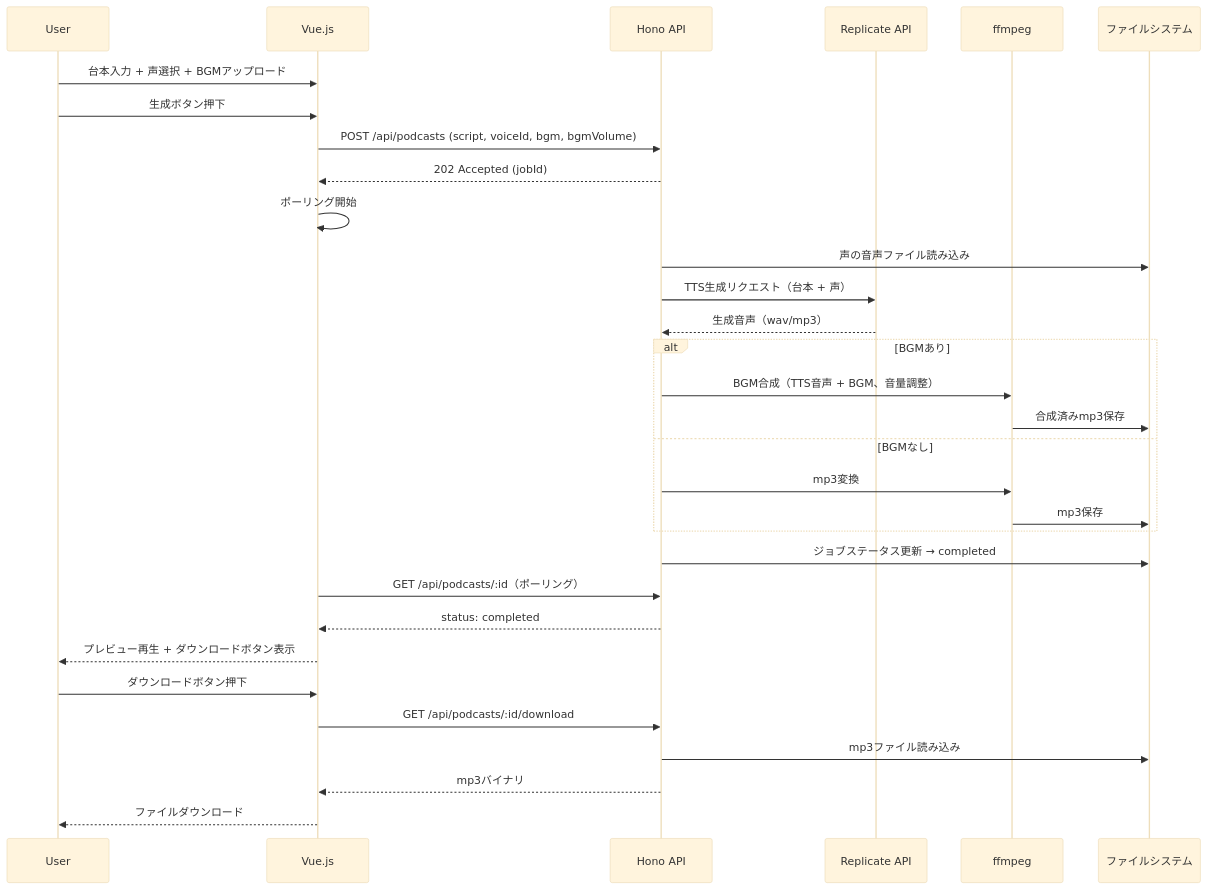
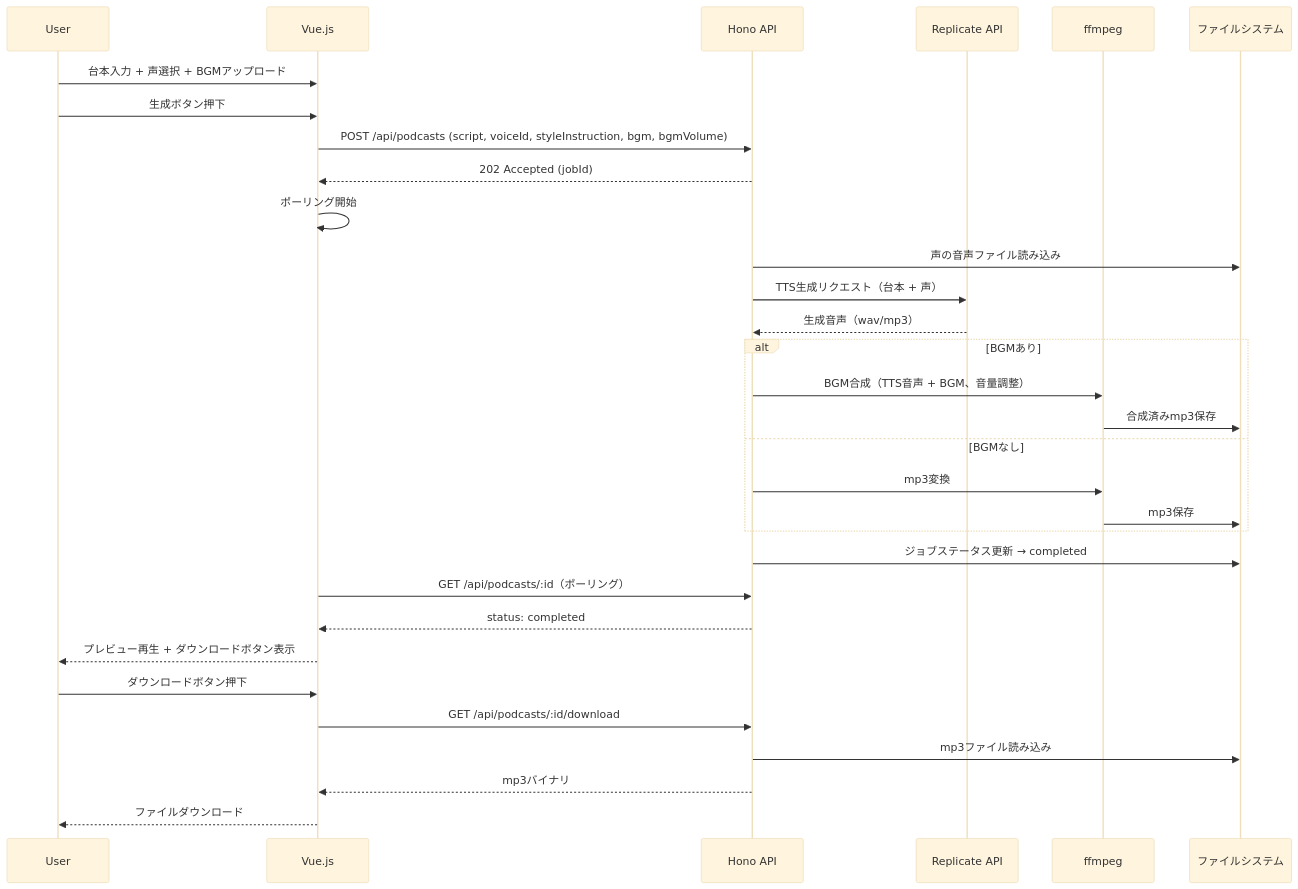
Before and after one commit to ikuo5710/ai-clone-podcaster: the fourth of 5 diagrams in docs/functional-design.md, drawn with Mermaid (base theme). The commit also changed other lines of this file and 8 other files, not shown here.

````diff
--- a/docs/functional-design.md
+++ b/docs/functional-design.md
@@ -249,39 +250,39 @@
 ```mermaid
 sequenceDiagram
     participant User
     participant Vue as Vue.js
     participant API as Hono API
     participant TTS as Replicate API
     participant FFmpeg as ffmpeg
     participant FS as ファイルシステム
 
     User->>Vue: 台本入力 + 声選択 + BGMアップロード
     User->>Vue: 生成ボタン押下
-    Vue->>API: POST /api/podcasts (script, voiceId, bgm, bgmVolume)
+    Vue->>API: POST /api/podcasts (script, voiceId, styleInstruction, bgm, bgmVolume)
     API-->>Vue: 202 Accepted (jobId)
     Vue->>Vue: ポーリング開始
 
     API->>FS: 声の音声ファイル読み込み
     API->>TTS: TTS生成リクエスト（台本 + 声）
     TTS-->>API: 生成音声（wav/mp3）
 
     alt BGMあり
         API->>FFmpeg: BGM合成（TTS音声 + BGM、音量調整）
         FFmpeg->>FS: 合成済みmp3保存
     else BGMなし
         API->>FFmpeg: mp3変換
         FFmpeg->>FS: mp3保存
     end
 
     API->>FS: ジョブステータス更新 → completed
 
     Vue->>API: GET /api/podcasts/:id（ポーリング）
     API-->>Vue: status: completed
     Vue-->>User: プレビュー再生 + ダウンロードボタン表示
 
     User->>Vue: ダウンロードボタン押下
     Vue->>API: GET /api/podcasts/:id/download
     API->>FS: mp3ファイル読み込み
     API-->>Vue: mp3バイナリ
     Vue-->>User: ファイルダウンロード
 ```
````
